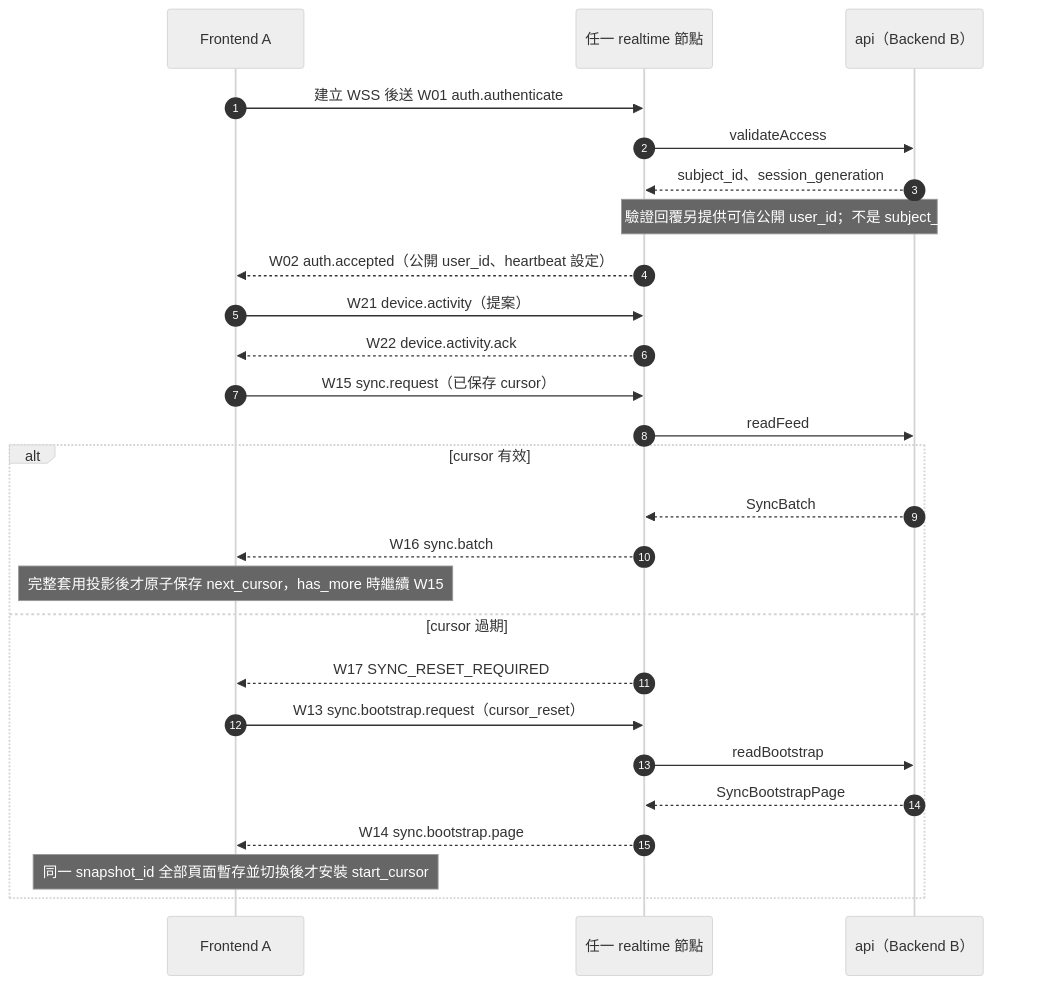
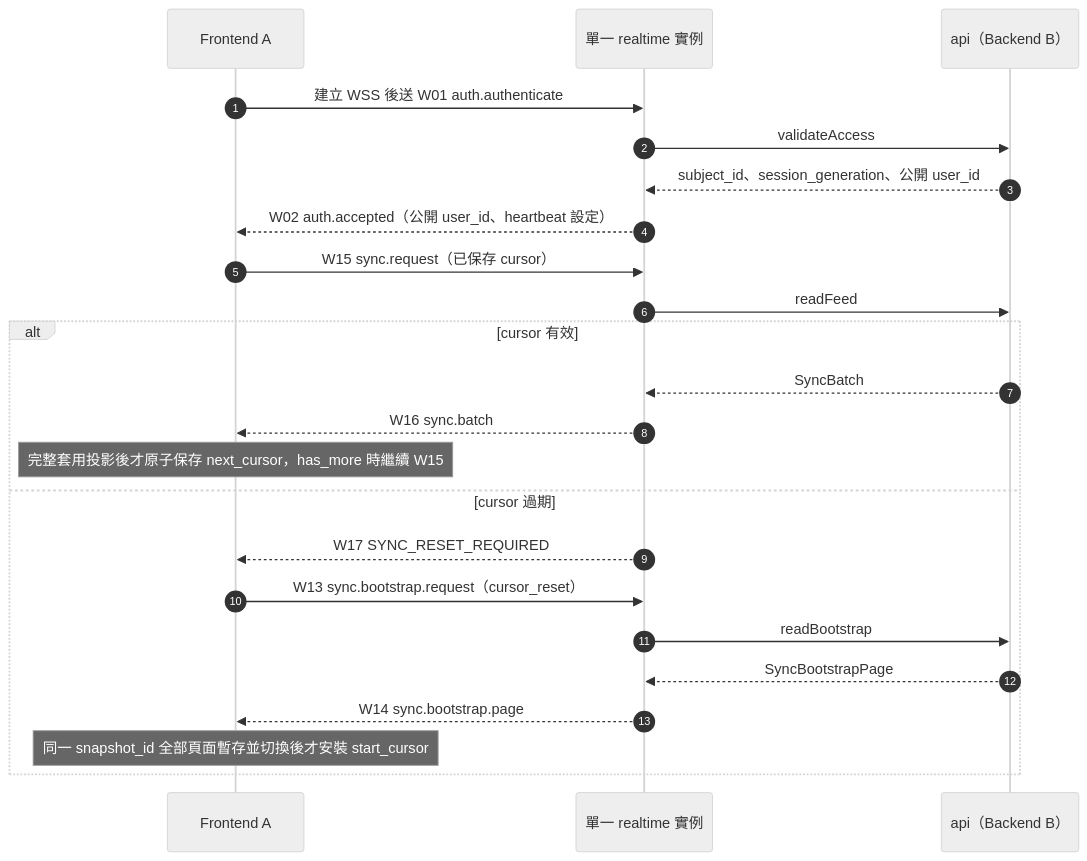
One commit to LeoCheng-space/Hine changed the third of 9 diagrams in docs/architecture/README.md. Above: the diagram before and after it, drawn with Mermaid (neutral theme). The commit also changed other lines of this file and 24 other files, not shown here.

````diff
--- a/docs/architecture/README.md
+++ b/docs/architecture/README.md
@@ -132,28 +131,25 @@
 ```mermaid
 sequenceDiagram
   autonumber
   participant C as Frontend A
-  participant R as 任一 realtime 節點
+  participant R as 單一 realtime 實例
   participant B as api（Backend B）
   C->>R: 建立 WSS 後送 W01 auth.authenticate
   R->>B: validateAccess
-  B-->>R: subject_id、session_generation
-  Note over B,R: C8 待批准：BB 驗證回覆另提供可信公開 user_id；不是 subject_id 或 C1 的位置
+  B-->>R: subject_id、session_generation、公開 user_id
   R-->>C: W02 auth.accepted（公開 user_id、heartbeat 設定）
-  C->>R: W21 device.activity（提案）
-  R-->>C: W22 device.activity.ack
   C->>R: W15 sync.request（已保存 cursor）
   R->>B: readFeed
   alt cursor 有效
     B-->>R: SyncBatch
     R-->>C: W16 sync.batch
     Note over C: 完整套用投影後才原子保存 next_cursor，has_more 時繼續 W15
   else cursor 過期
     R-->>C: W17 SYNC_RESET_REQUIRED
     C->>R: W13 sync.bootstrap.request（cursor_reset）
     R->>B: readBootstrap
     B-->>R: SyncBootstrapPage
     R-->>C: W14 sync.bootstrap.page
     Note over C: 同一 snapshot_id 全部頁面暫存並切換後才安裝 start_cursor
   end
 ```
````
